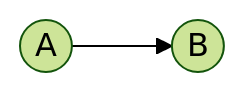
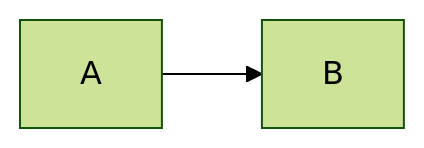
One commit to reubenharry/website changed diagram 16 of 16 in content/blog/ai.md. Above: the diagram before and after it, drawn with Mermaid (forest theme). The commit also changed other lines of this file, not shown here.

Commit message:
try mermaid

```diff
--- a/content/blog/ai.md
+++ b/content/blog/ai.md
@@ -602,4 +602,4 @@
 <div class="mermaid">
-graph LR
-    A((A)) --> B((B))
+graph LR;
+  A-->B;
 </div>
```
